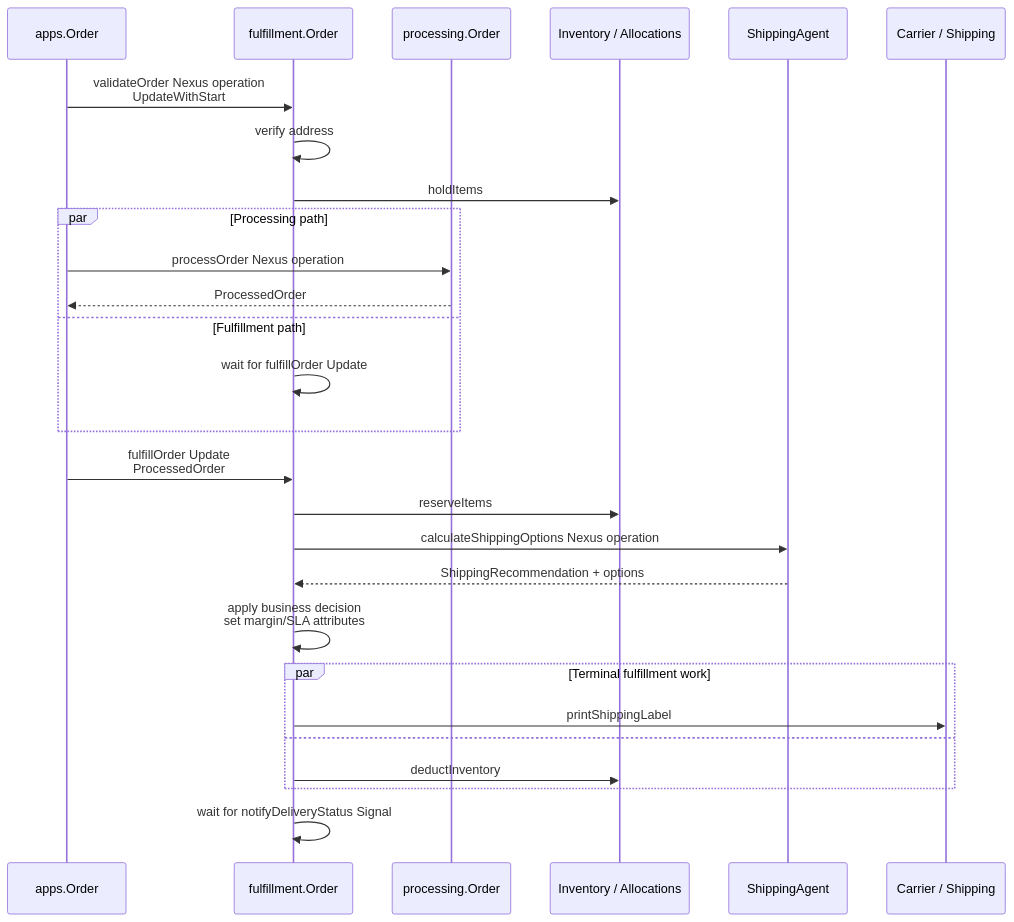
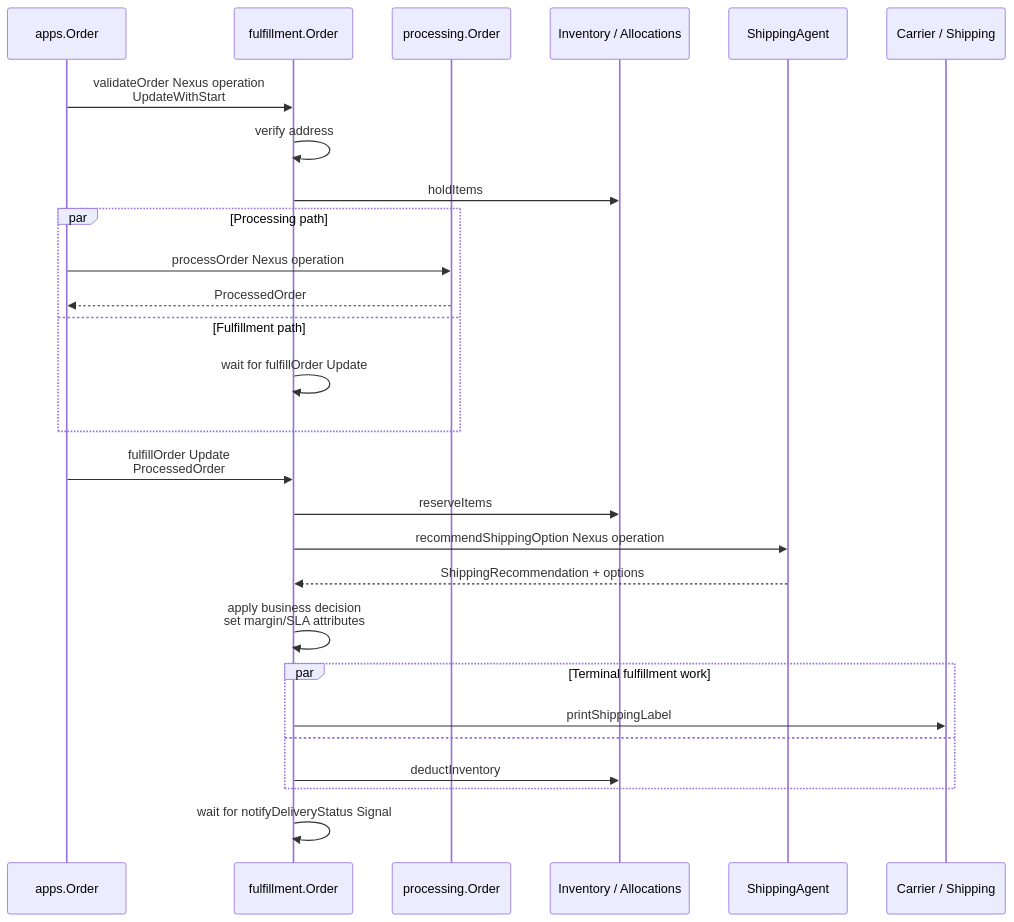
Before and after one commit to temporal-fde/temporal-oms: the diagram in diagrams/workshop/mermaid/04-final-fulfillment-order-architecture.mmd, drawn with Mermaid. The commit also changed 33 other files, not shown here.

Commit message:
stronger  action name with recommend_shipping_option instead of calculate_shipping_options

```diff
--- a/diagrams/workshop/mermaid/04-final-fulfillment-order-architecture.mmd
+++ b/diagrams/workshop/mermaid/04-final-fulfillment-order-architecture.mmd
@@ -1,32 +1,32 @@
 sequenceDiagram
   participant Apps as apps.Order
   participant Fulfillment as fulfillment.Order
   participant Processing as processing.Order
   participant Inventory as Inventory / Allocations
   participant Agent as ShippingAgent
   participant Carrier as Carrier / Shipping
 
   Apps->>Fulfillment: validateOrder Nexus operation<br/>UpdateWithStart
   Fulfillment->>Fulfillment: verify address
   Fulfillment->>Inventory: holdItems
 
   par Processing path
     Apps->>Processing: processOrder Nexus operation
     Processing-->>Apps: ProcessedOrder
   and Fulfillment path
     Fulfillment->>Fulfillment: wait for fulfillOrder Update
   end
 
   Apps->>Fulfillment: fulfillOrder Update<br/>ProcessedOrder
   Fulfillment->>Inventory: reserveItems
-  Fulfillment->>Agent: calculateShippingOptions Nexus operation
+  Fulfillment->>Agent: recommendShippingOption Nexus operation
   Agent-->>Fulfillment: ShippingRecommendation + options
   Fulfillment->>Fulfillment: apply business decision<br/>set margin/SLA attributes
 
   par Terminal fulfillment work
     Fulfillment->>Carrier: printShippingLabel
   and
     Fulfillment->>Inventory: deductInventory
   end
 
   Fulfillment->>Fulfillment: wait for notifyDeliveryStatus Signal
```
